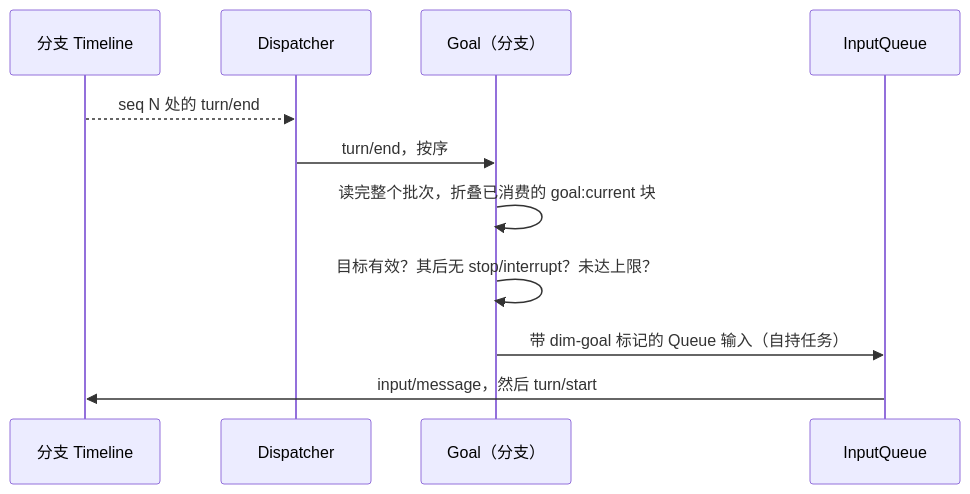
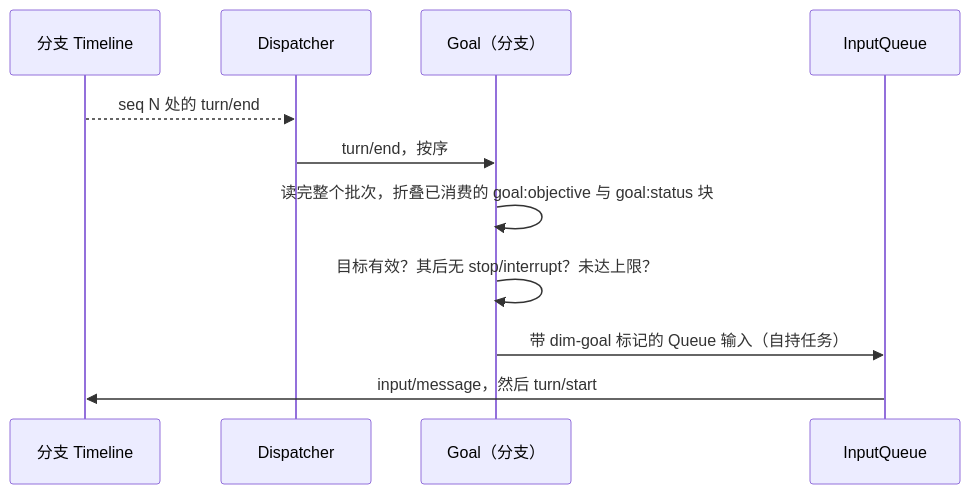
One commit to CoutinhoTTS/dim-agent changed the fourth of 8 diagrams in docs/zh/design/overview.md. Above: the diagram before and after it, drawn with Mermaid. The commit also changed other lines of this file and 5 other files, not shown here.

First line of the commit message:
docs(design): keep Goal objective and status under separate keys

````diff
--- a/docs/zh/design/overview.md
+++ b/docs/zh/design/overview.md
@@ -214,13 +214,13 @@
 ```mermaid
 sequenceDiagram
   participant TL as 分支 Timeline
   participant D as Dispatcher
   participant G as Goal（分支）
   participant IQ as InputQueue
   TL-->>D: seq N 处的 turn/end
   D->>G: turn/end，按序
-  G->>G: 读完整个批次，折叠已消费的 goal:current 块
+  G->>G: 读完整个批次，折叠已消费的 goal:objective 与 goal:status 块
   G->>G: 目标有效？其后无 stop/interrupt？未达上限？
   G->>IQ: 带 dim-goal 标记的 Queue 输入（自持任务）
   IQ->>TL: input/message，然后 turn/start
 ```
````
